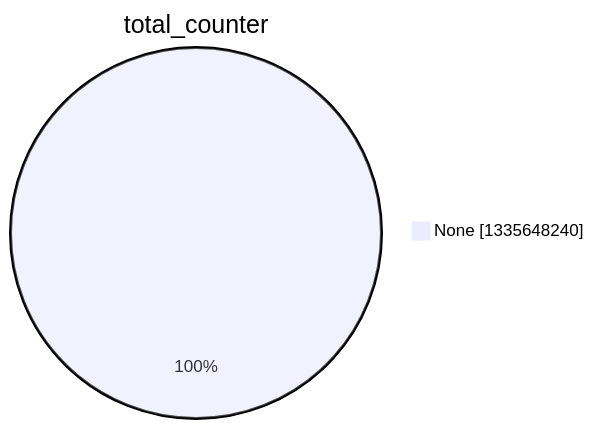
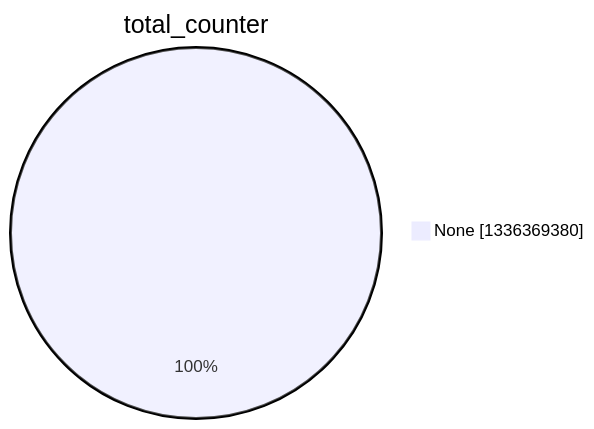
Before and after one commit to christiankrug/ctmonitor_visualization: the second of 15 diagrams in argon2022/README.md, drawn with Mermaid. The commit also changed other lines of this file, not shown here.

````diff
--- a/argon2022/README.md
+++ b/argon2022/README.md
@@ -9,5 +9,5 @@
 ```mermaid
 pie showData
 title total_counter
-"None" :1335648240
+"None" :1336369380
 ```
````
